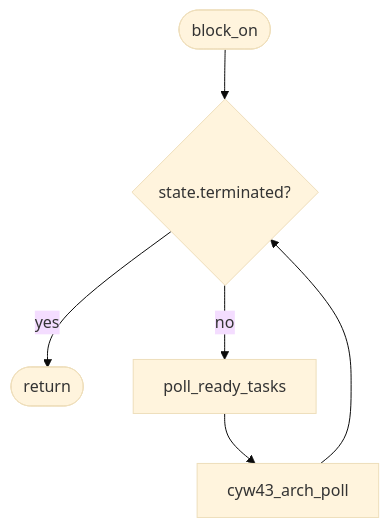
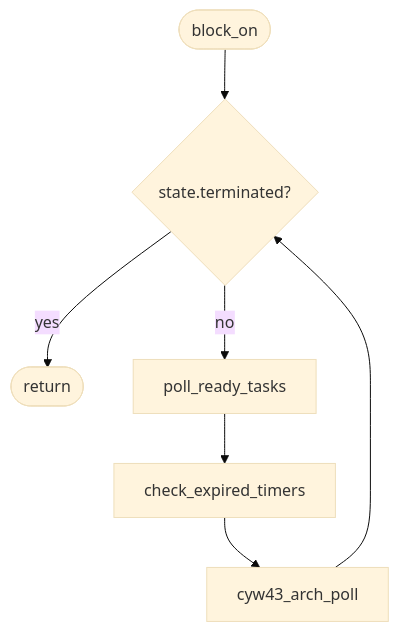
One commit to bts164/coro changed the first of 4 diagrams in doc/pico_port.md. Above: the diagram before and after it, drawn with Mermaid (base theme). The commit also changed other lines of this file and 45 other files, not shown here.

````diff
--- a/doc/pico_port.md
+++ b/doc/pico_port.md
@@ -40,8 +51,9 @@
 ```mermaid
 flowchart TD
     Start([block_on]) --> Check{state.terminated?}
     Check -->|yes| End([return])
     Check -->|no| Poll[poll_ready_tasks]
-    Poll --> UV[cyw43_arch_poll]
-    UV --> Check
+    Poll --> Timers[check_expired_timers]
+    Timers --> WiFi[cyw43_arch_poll]
+    WiFi --> Check
 ```
````
